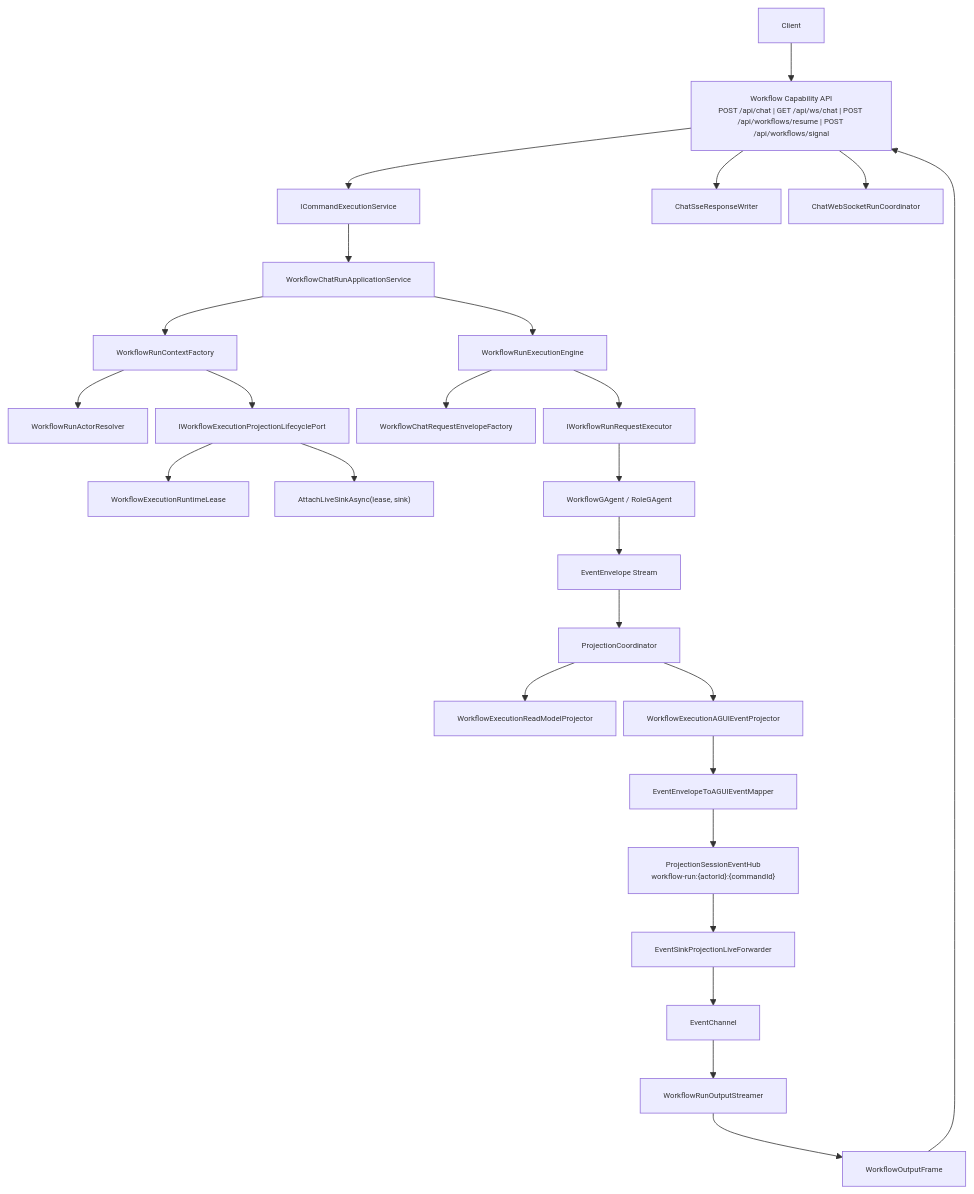
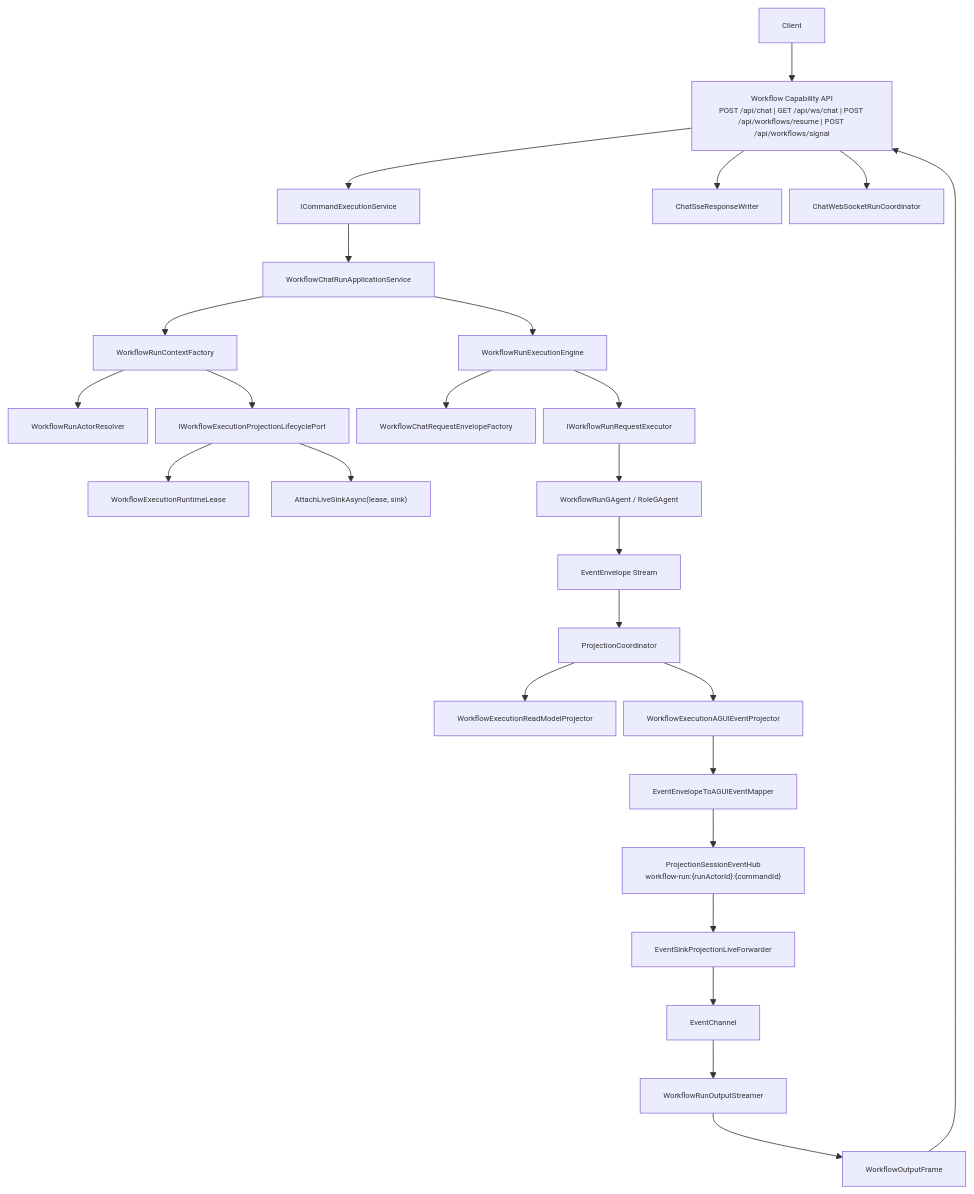
Before and after one commit to aevatarAI/aevatar: the first of 5 diagrams in docs/WORKFLOW_LLM_STREAMING_ARCHITECTURE.md, drawn with Mermaid. The commit also changed other lines of this file and 92 other files, not shown here.

First line of the commit message:
Refactor workflow architecture to separate definition and run actors

````diff
--- a/docs/WORKFLOW_LLM_STREAMING_ARCHITECTURE.md
+++ b/docs/WORKFLOW_LLM_STREAMING_ARCHITECTURE.md
@@ -53,29 +53,29 @@
 ```mermaid
 %%{init: {"maxTextSize": 100000, "flowchart": {"useMaxWidth": false, "nodeSpacing": 10, "rankSpacing": 50}, "themeVariables": {"fontSize": "10px"}}}%%
 flowchart TB
     C["Client"] --> H["Workflow Capability API\nPOST /api/chat | GET /api/ws/chat | POST /api/workflows/resume | POST /api/workflows/signal"]
     H --> CMD["ICommandExecutionService"]
     CMD --> APP["WorkflowChatRunApplicationService"]
     APP --> CTX["WorkflowRunContextFactory"]
     CTX --> RES["WorkflowRunActorResolver"]
     CTX --> LIF["IWorkflowExecutionProjectionLifecyclePort"]
     LIF --> LEASE["WorkflowExecutionRuntimeLease"]
     LIF --> SUB["AttachLiveSinkAsync(lease, sink)"]
     APP --> ENG["WorkflowRunExecutionEngine"]
     ENG --> FAC["WorkflowChatRequestEnvelopeFactory"]
     ENG --> EXE["IWorkflowRunRequestExecutor"]
-    EXE --> ACT["WorkflowGAgent / RoleGAgent"]
+    EXE --> ACT["WorkflowRunGAgent / RoleGAgent"]
     ACT --> EVT["EventEnvelope Stream"]
     EVT --> COOR["ProjectionCoordinator"]
     COOR --> RM["WorkflowExecutionReadModelProjector"]
     COOR --> AGP["WorkflowExecutionAGUIEventProjector"]
     AGP --> MAP["EventEnvelopeToAGUIEventMapper"]
-    MAP --> HUB["ProjectionSessionEventHub\nworkflow-run:{actorId}:{commandId}"]
+    MAP --> HUB["ProjectionSessionEventHub\nworkflow-run:{runActorId}:{commandId}"]
     HUB --> FWD["EventSinkProjectionLiveForwarder<WorkflowExecutionRuntimeLease, WorkflowRunEvent>"]
     FWD --> CH["EventChannel<WorkflowRunEvent>"]
     CH --> STR["WorkflowRunOutputStreamer"]
     STR --> FR["WorkflowOutputFrame"]
     FR --> H
     H --> SSE["ChatSseResponseWriter"]
     H --> WS["ChatWebSocketRunCoordinator"]
 ```
````
